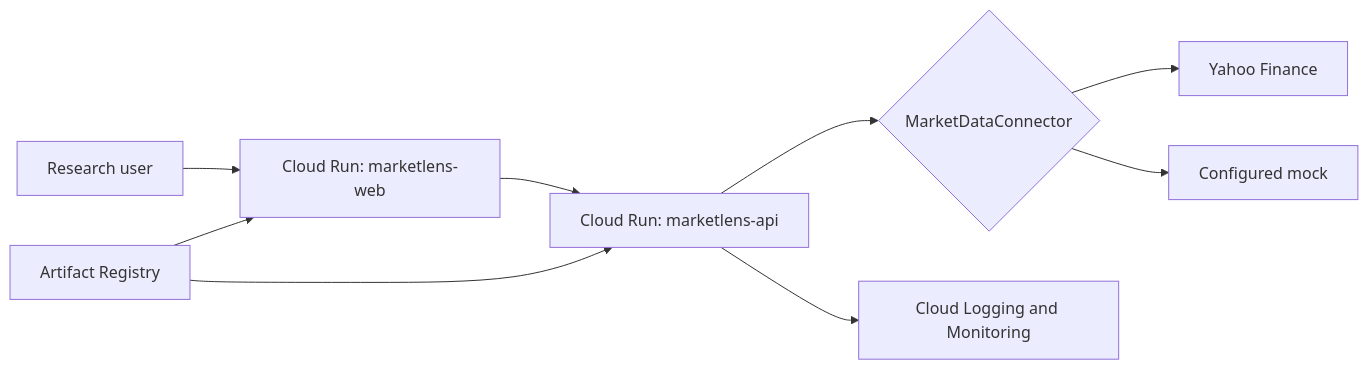
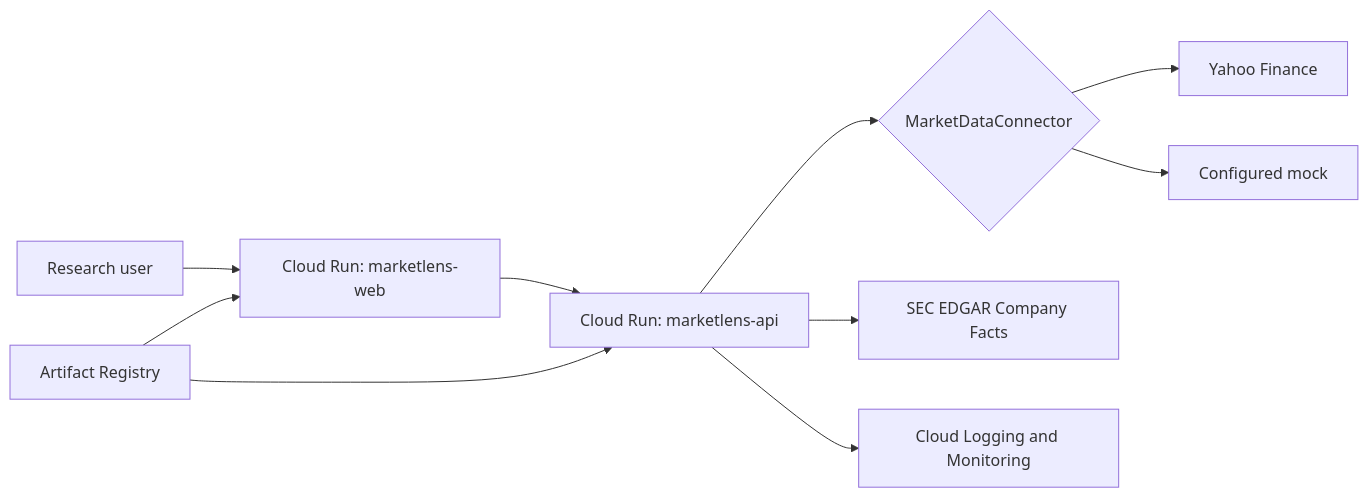
Before and after one commit to codesanthan/marketlens-ai: the diagram in docs/architecture.md, drawn with Mermaid. The commit also changed other lines of this file and 27 other files, not shown here.

````diff
--- a/docs/architecture.md
+++ b/docs/architecture.md
@@ -3,11 +3,12 @@
 ```mermaid
 flowchart LR
   U[Research user] --> W[Cloud Run: marketlens-web]
   W --> A[Cloud Run: marketlens-api]
   A --> C{MarketDataConnector}
   C --> Y[Yahoo Finance]
   C --> M[Configured mock]
+  A --> S[SEC EDGAR Company Facts]
   A --> L[Cloud Logging and Monitoring]
   AR[Artifact Registry] --> W
   AR --> A
 ```
````
